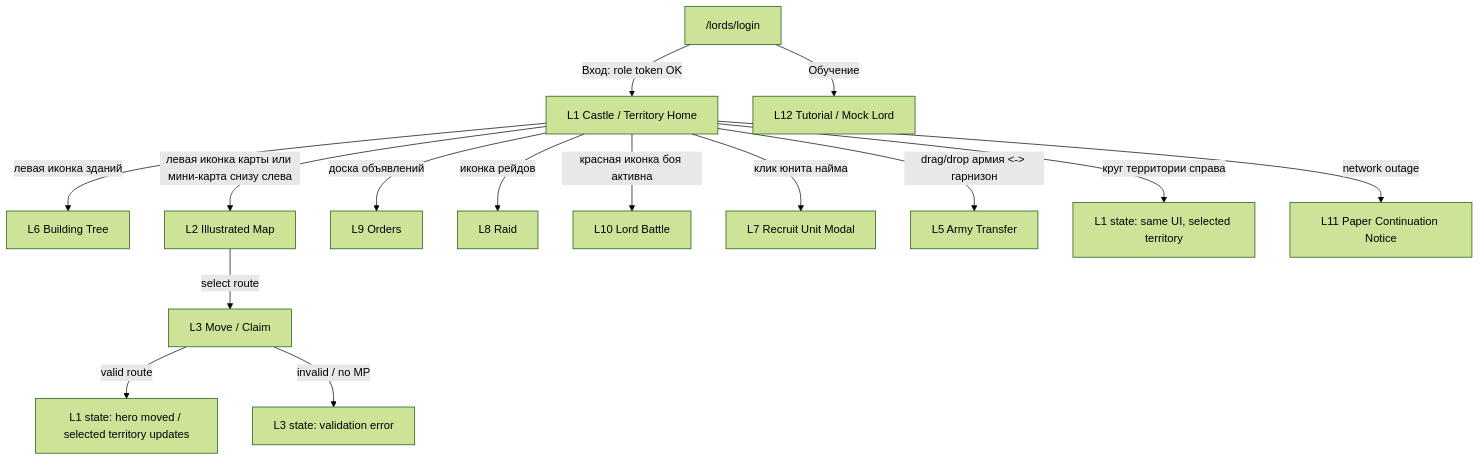
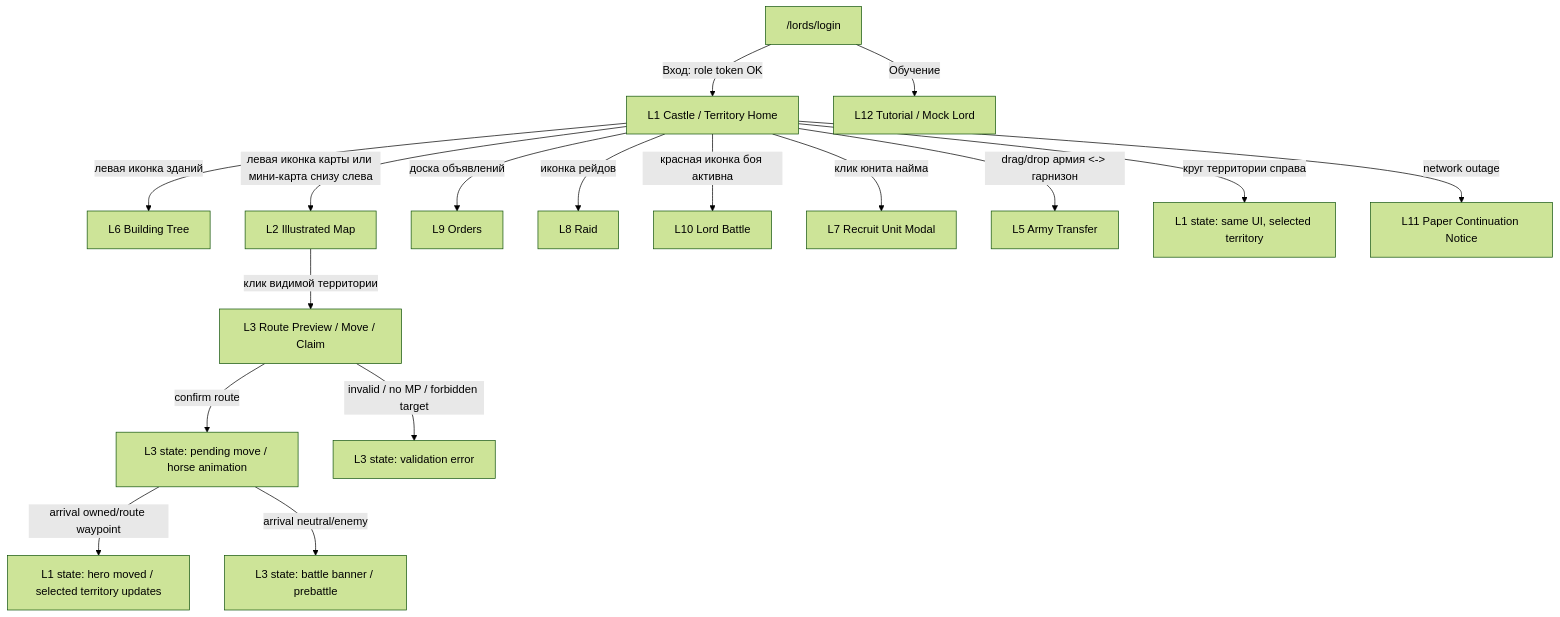
The fourth of 5 diagrams in docs/ui/stage2b-screen-map.md (ianssensQ/Witcher-LARP), drawn with Mermaid (forest theme) before and after one commit. The commit also changed other lines of this file and 27 other files, not shown here.

````diff
--- a/docs/ui/stage2b-screen-map.md
+++ b/docs/ui/stage2b-screen-map.md
@@ -76,17 +84,19 @@
 ```mermaid
 flowchart TD
   L0["/lords/login"] -->|"Вход: role token OK"| L1["L1 Castle / Territory Home"]
   L0 -->|"Обучение"| L12["L12 Tutorial / Mock Lord"]
   L1 -->|"левая иконка зданий"| L6["L6 Building Tree"]
   L1 -->|"левая иконка карты или мини-карта снизу слева"| L2["L2 Illustrated Map"]
-  L2 -->|"select route"| L3["L3 Move / Claim"]
-  L3 -->|"valid route"| L1U["L1 state: hero moved / selected territory updates"]
-  L3 -->|"invalid / no MP"| L3E["L3 state: validation error"]
+  L2 -->|"клик видимой территории"| L3["L3 Route Preview / Move / Claim"]
+  L3 -->|"confirm route"| L3M["L3 state: pending move / horse animation"]
+  L3M -->|"arrival owned/route waypoint"| L1U["L1 state: hero moved / selected territory updates"]
+  L3M -->|"arrival neutral/enemy"| L3B["L3 state: battle banner / prebattle"]
+  L3 -->|"invalid / no MP / forbidden target"| L3E["L3 state: validation error"]
   L1 -->|"доска объявлений"| L9["L9 Orders"]
   L1 -->|"иконка рейдов"| L8["L8 Raid"]
   L1 -->|"красная иконка боя активна"| L10["L10 Lord Battle"]
   L1 -->|"клик юнита найма"| L7["L7 Recruit Unit Modal"]
   L1 -->|"drag/drop армия <-> гарнизон"| L5["L5 Army Transfer"]
   L1 -->|"круг территории справа"| L1T["L1 state: same UI, selected territory"]
   L1 -->|"network outage"| L11["L11 Paper Continuation Notice"]
 ```
````
